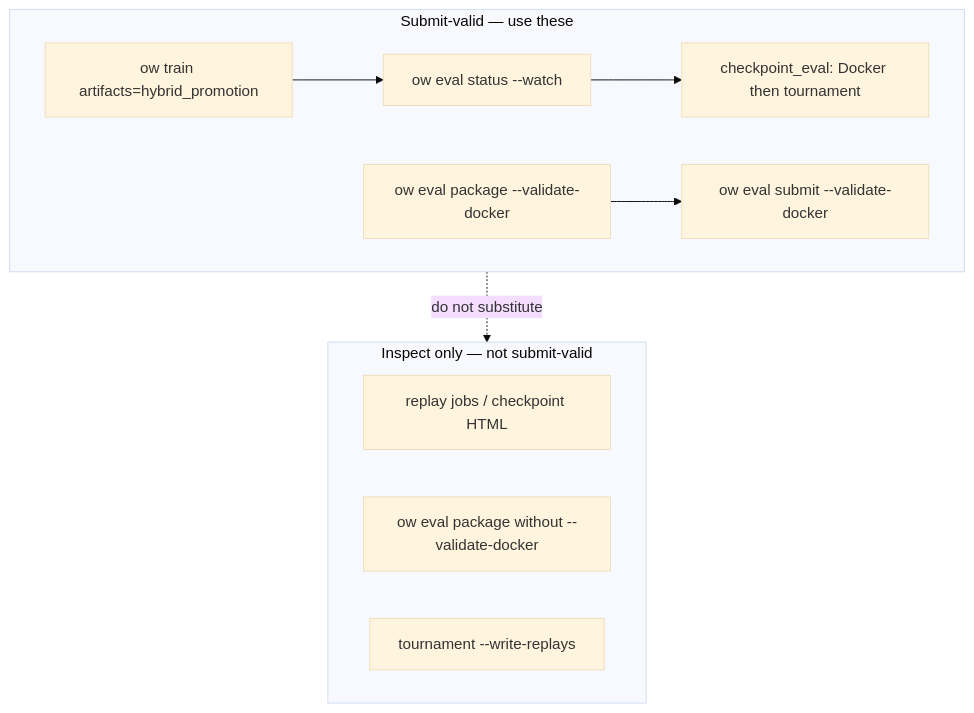
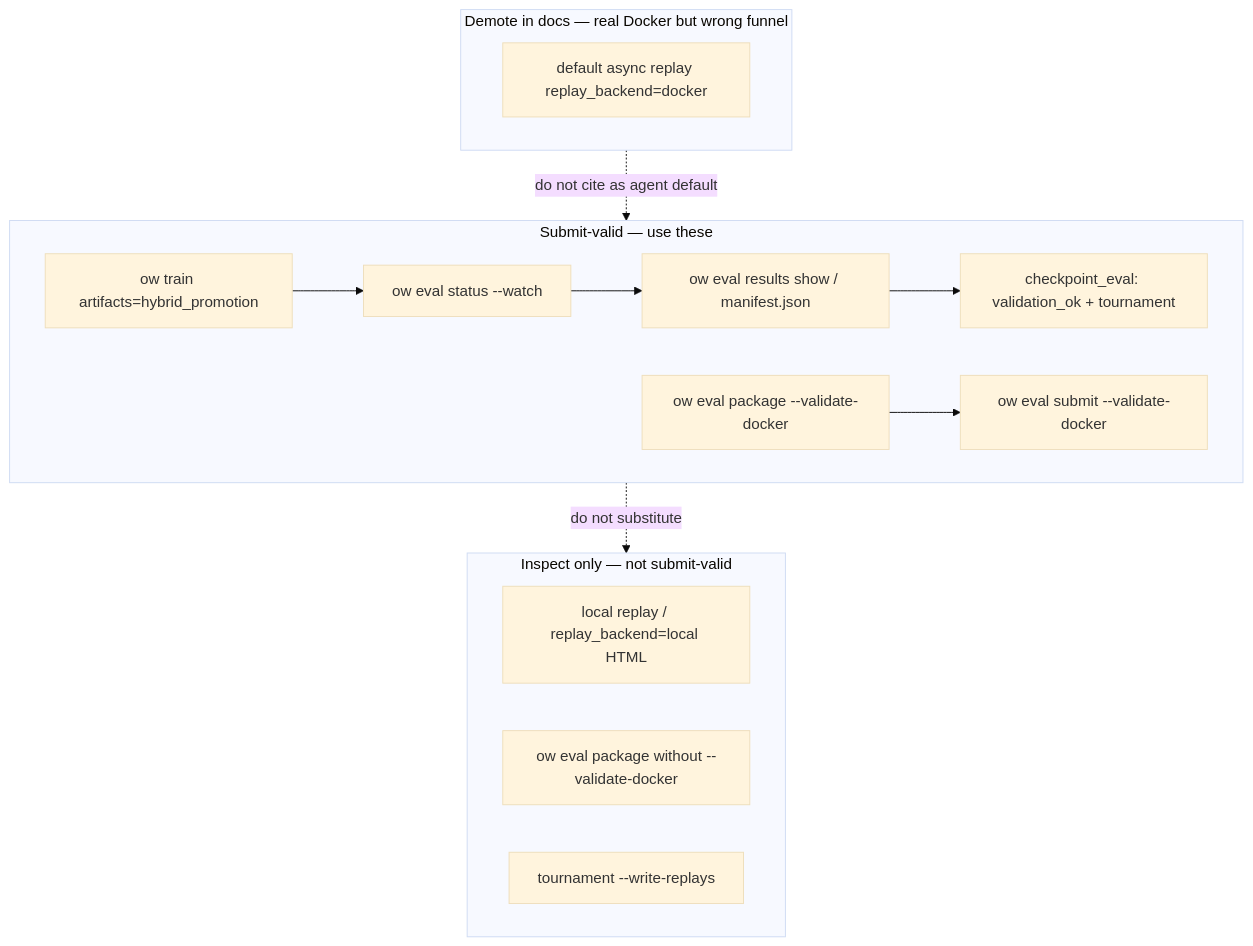
One commit to jmduea/orbit_wars changed the diagram in docs/brainstorms/2026-06-02-cli-hardening-requirements.md. Above: the diagram before and after it, drawn with Mermaid (base theme). The commit also changed other lines of this file and 1 other file, not shown here.

````diff
--- a/docs/brainstorms/2026-06-02-cli-hardening-requirements.md
+++ b/docs/brainstorms/2026-06-02-cli-hardening-requirements.md
@@ -115,16 +126,21 @@
 ```mermaid
 flowchart TB
   subgraph canonical [Submit-valid — use these]
     T[ow train artifacts=hybrid_promotion]
     T --> P[ow eval status --watch]
-    P --> CE[checkpoint_eval: Docker then tournament]
+    P --> RS[ow eval results show / manifest.json]
+    RS --> CE[checkpoint_eval: validation_ok + tournament]
     M[ow eval package --validate-docker]
     M --> S[ow eval submit --validate-docker]
   end
   subgraph inspect [Inspect only — not submit-valid]
-    R[replay jobs / checkpoint HTML]
+    R[local replay / replay_backend=local HTML]
     L[ow eval package without --validate-docker]
     TR[tournament --write-replays]
   end
+  subgraph demote [Demote in docs — real Docker but wrong funnel]
+    DR[default async replay replay_backend=docker]
+  end
   canonical -.->|do not substitute| inspect
+  demote -.->|do not cite as agent default| canonical
 ```
````
